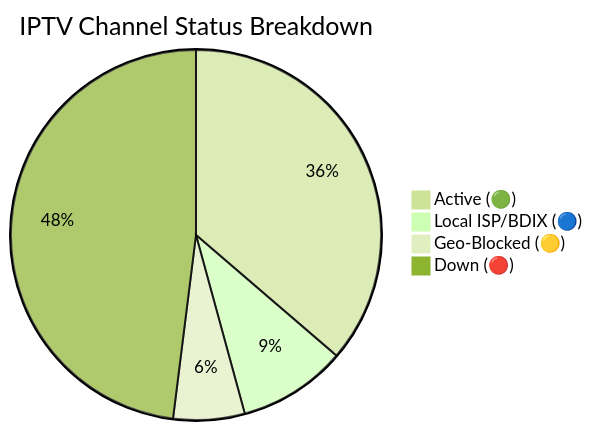
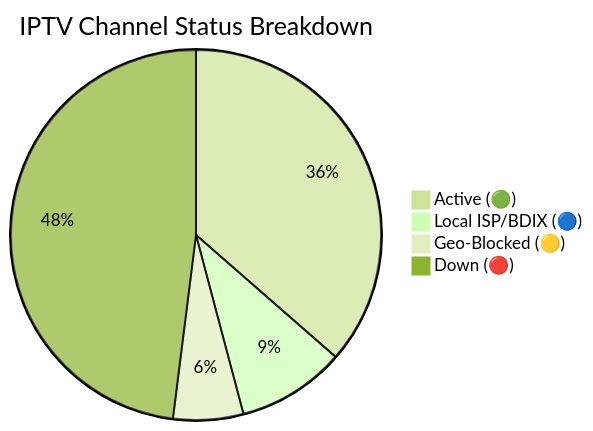
The diagram in README.md (andreataylord/Ip-tv-Collection), drawn with Mermaid (forest theme) before and after one commit. The commit also changed other lines of this file and 1 other file, not shown here.

Commit message:
docs(readme): auto-update daily channel status chart

````diff
--- a/README.md
+++ b/README.md
@@ -59,7 +59,7 @@
 ```mermaid
 pie title IPTV Channel Status Breakdown
-    "Active (🟢)" : 2948
+    "Active (🟢)" : 2958
     "Local ISP/BDIX (🔵)" : 768
-    "Geo-Blocked (🟡)" : 506
-    "Down (🔴)" : 3900
+    "Geo-Blocked (🟡)" : 497
+    "Down (🔴)" : 3899
 ```
````
